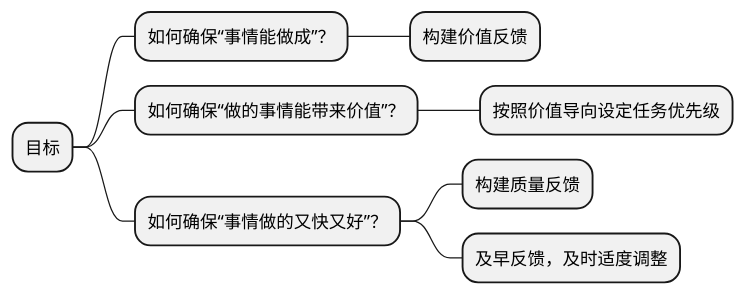
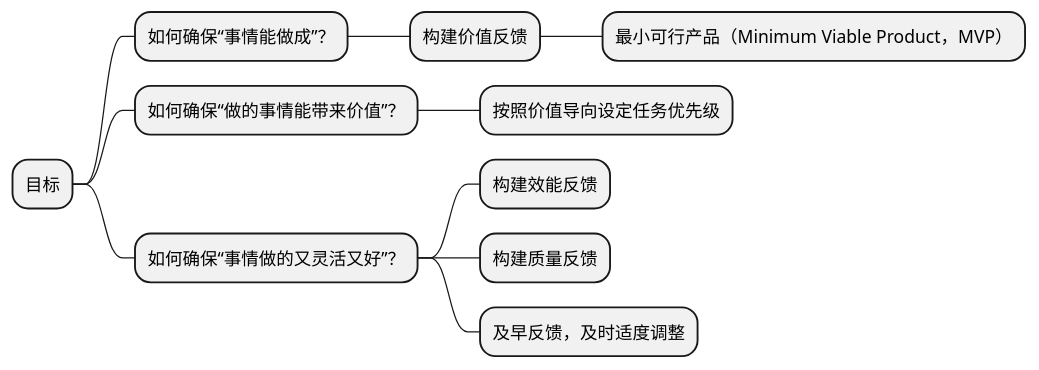
The fifth of 6 diagrams in content/insights/what_is_agile/index.zh-cn.raw.md (lem-org/lem-org.github.io), drawn with PlantUML before and after one commit. The commit also changed other lines of this file and 18 other files, not shown here.

````diff
--- a/content/insights/what_is_agile/index.zh-cn.raw.md
+++ b/content/insights/what_is_agile/index.zh-cn.raw.md
@@ -197,12 +208,14 @@
 ```plantuml
 @startmindmap
 * 目标
     * 如何确保“事情能做成”？
         * 构建价值反馈
+            * 最小可行产品（Minimum Viable Product，MVP）
     * 如何确保“做的事情能带来价值”？
         * 按照价值导向设定任务优先级
-    * 如何确保“事情做的又快又好”？
+    * 如何确保“事情做的又灵活又好”？
+        * 构建效能反馈
         * 构建质量反馈
         * 及早反馈，及时适度调整
 @endmindmap
 ```
````
